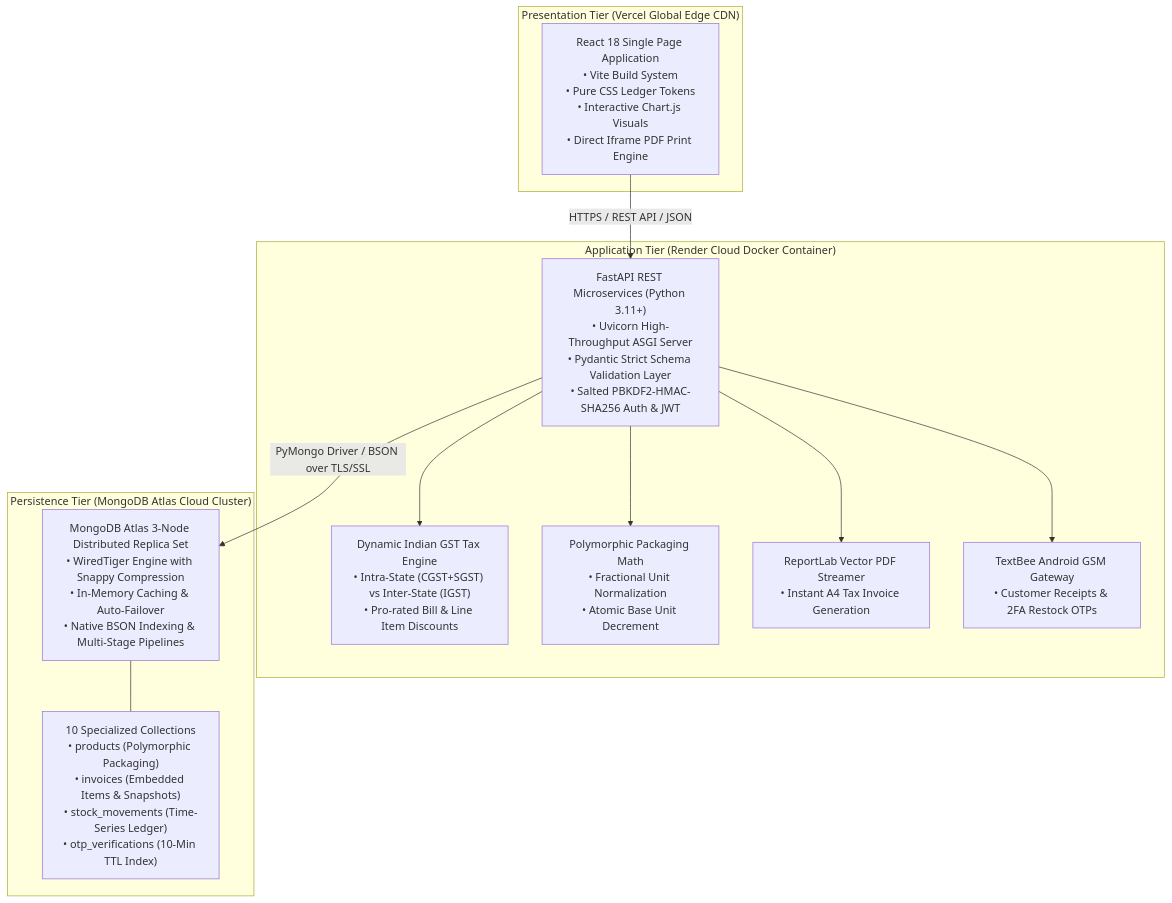
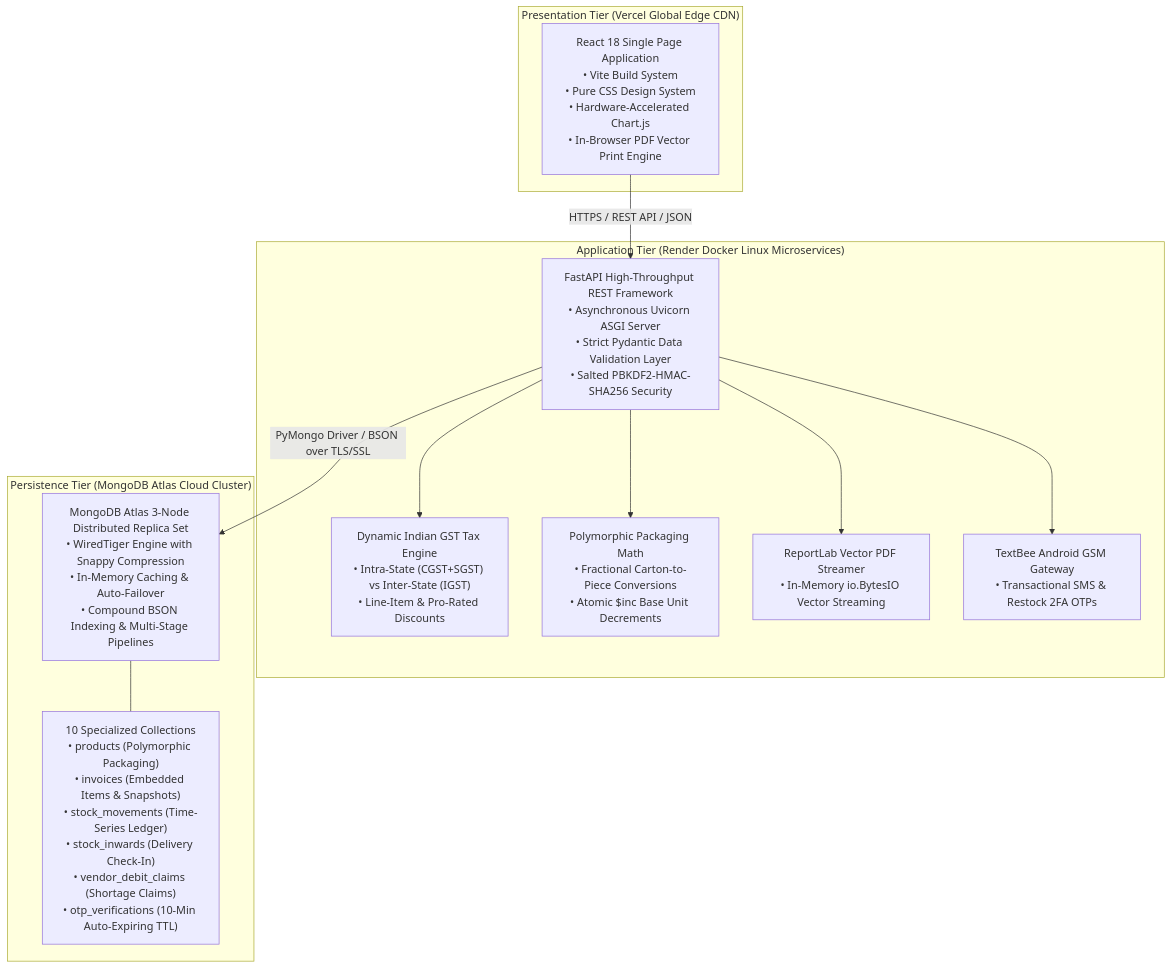
Before and after one commit to shayan-codes-405/Hisaab-Kitaab-: the diagram in README.md, drawn with Mermaid. The commit also changed other lines of this file and 12 other files, not shown here.

````diff
--- a/README.md
+++ b/README.md
@@ -32,28 +171,28 @@
 ```mermaid
 graph TD
     subgraph ClientTier ["Presentation Tier (Vercel Global Edge CDN)"]
-        UI["React 18 Single Page Application<br/>• Vite Build System<br/>• Pure CSS Ledger Tokens<br/>• Interactive Chart.js Visuals<br/>• Direct Iframe PDF Print Engine"]
+        UI["React 18 Single Page Application<br/>• Vite Build System<br/>• Pure CSS Design System<br/>• Hardware-Accelerated Chart.js<br/>• In-Browser PDF Vector Print Engine"]
     end
 
-    subgraph AppTier ["Application Tier (Render Cloud Docker Container)"]
-        FastAPI["FastAPI REST Microservices (Python 3.11+)<br/>• Uvicorn High-Throughput ASGI Server<br/>• Pydantic Strict Schema Validation Layer<br/>• Salted PBKDF2-HMAC-SHA256 Auth & JWT"]
-        GSTEngine["Dynamic Indian GST Tax Engine<br/>• Intra-State (CGST+SGST) vs Inter-State (IGST)<br/>• Pro-rated Bill & Line Item Discounts"]
-        PkgEngine["Polymorphic Packaging Math<br/>• Fractional Unit Normalization<br/>• Atomic Base Unit Decrement"]
-        PDFEngine["ReportLab Vector PDF Streamer<br/>• Instant A4 Tax Invoice Generation"]
-        SMSDispatcher["TextBee Android GSM Gateway<br/>• Customer Receipts & 2FA Restock OTPs"]
+    subgraph AppTier ["Application Tier (Render Docker Linux Microservices)"]
+        FastAPI["FastAPI High-Throughput REST Framework<br/>• Asynchronous Uvicorn ASGI Server<br/>• Strict Pydantic Data Validation Layer<br/>• Salted PBKDF2-HMAC-SHA256 Security"]
+        GSTEngine["Dynamic Indian GST Tax Engine<br/>• Intra-State (CGST+SGST) vs Inter-State (IGST)<br/>• Line-Item & Pro-Rated Discounts"]
+        PkgEngine["Polymorphic Packaging Math<br/>• Fractional Carton-to-Piece Conversions<br/>• Atomic $inc Base Unit Decrements"]
+        PDFEngine["ReportLab Vector PDF Streamer<br/>• In-Memory io.BytesIO Vector Streaming"]
+        SMSDispatcher["TextBee Android GSM Gateway<br/>• Transactional SMS & Restock 2FA OTPs"]
 
         FastAPI --> GSTEngine
         FastAPI --> PkgEngine
         FastAPI --> PDFEngine
         FastAPI --> SMSDispatcher
     end
 
     subgraph DBTier ["Persistence Tier (MongoDB Atlas Cloud Cluster)"]
-        Atlas["MongoDB Atlas 3-Node Distributed Replica Set<br/>• WiredTiger Engine with Snappy Compression<br/>• In-Memory Caching & Auto-Failover<br/>• Native BSON Indexing & Multi-Stage Pipelines"]
-        Collections["10 Specialized Collections<br/>• products (Polymorphic Packaging)<br/>• invoices (Embedded Items & Snapshots)<br/>• stock_movements (Time-Series Ledger)<br/>• otp_verifications (10-Min TTL Index)"]
+        Atlas["MongoDB Atlas 3-Node Distributed Replica Set<br/>• WiredTiger Engine with Snappy Compression<br/>• In-Memory Caching & Auto-Failover<br/>• Compound BSON Indexing & Multi-Stage Pipelines"]
+        Collections["10 Specialized Collections<br/>• products (Polymorphic Packaging)<br/>• invoices (Embedded Items & Snapshots)<br/>• stock_movements (Time-Series Ledger)<br/>• stock_inwards (Delivery Check-In)<br/>• vendor_debit_claims (Shortage Claims)<br/>• otp_verifications (10-Min Auto-Expiring TTL)"]
         Atlas --- Collections
     end
 
     UI -->|HTTPS / REST API / JSON| FastAPI
     FastAPI -->|PyMongo Driver / BSON over TLS/SSL| Atlas
 ```
````
